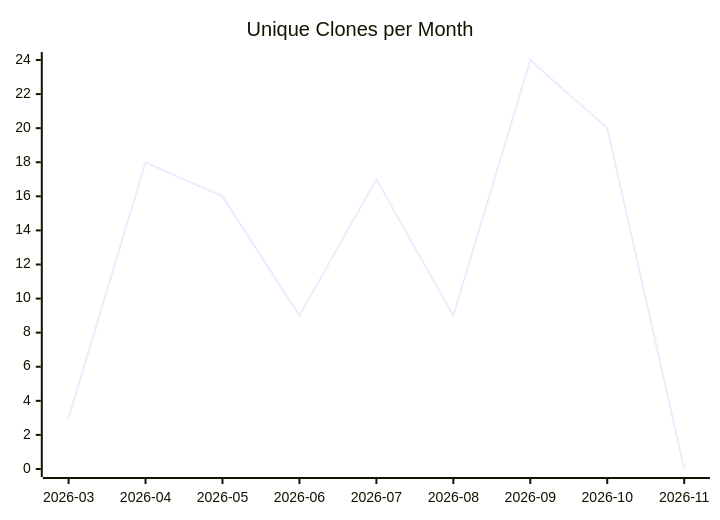
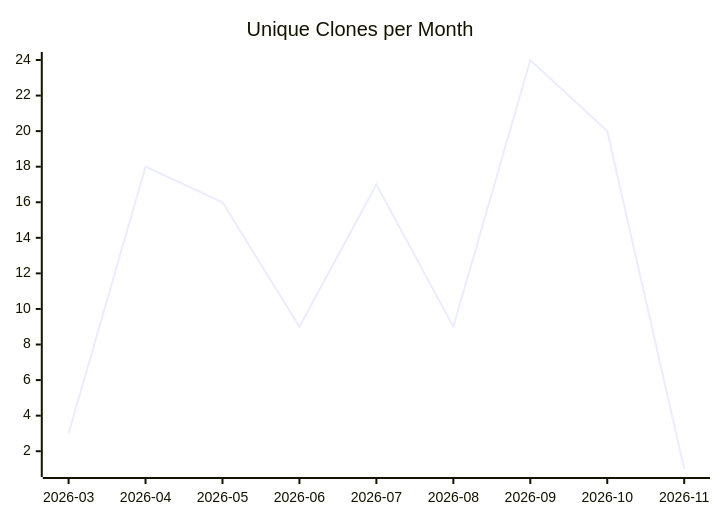
Before and after one commit to justdavis-family/github-analytics-data: the third of 3 diagrams in karlmdavis/jessentials/README.md, drawn with Mermaid. The commit also changed other lines of this file and 196 other files, not shown here.

````diff
--- a/karlmdavis/jessentials/README.md
+++ b/karlmdavis/jessentials/README.md
@@ -19,6 +19,6 @@
 ```mermaid
 xychart-beta
   title "Unique Clones per Month"
   x-axis ["2026-03", "2026-04", "2026-05", "2026-06", "2026-07", "2026-08", "2026-09", "2026-10", "2026-11"]
-  line [3, 18, 16, 9, 17, 9, 24, 20, 0]
+  line [3, 18, 16, 9, 17, 9, 24, 20, 1]
 ```
````
